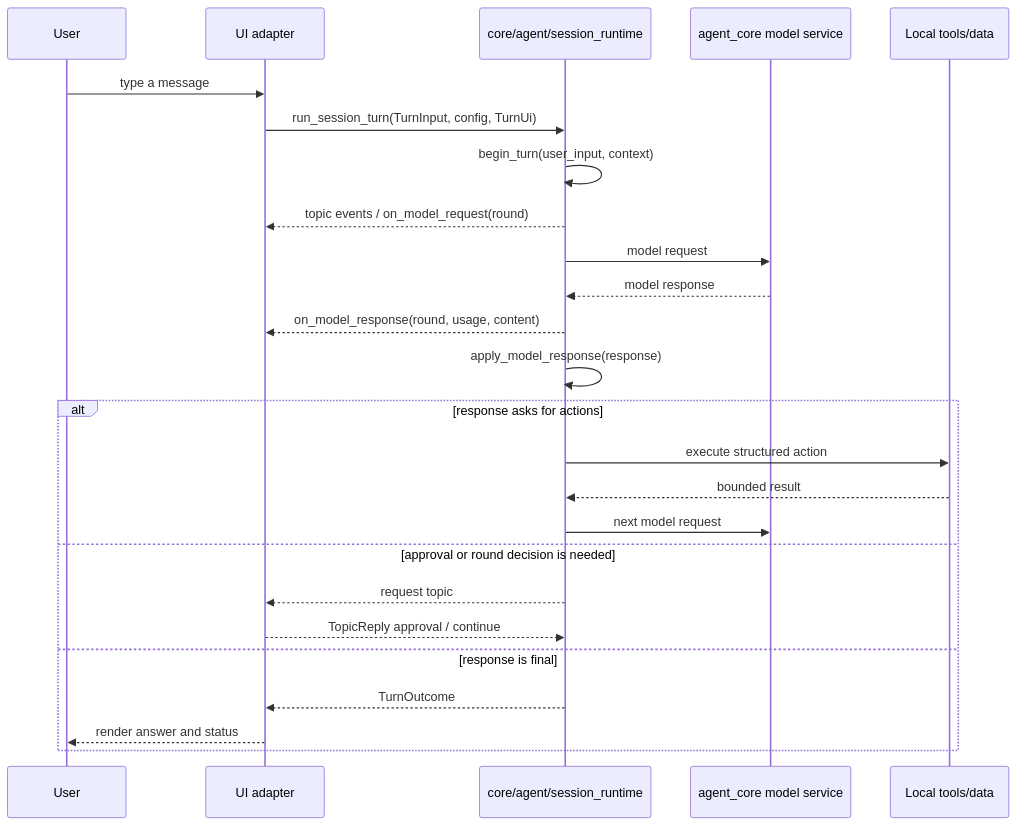
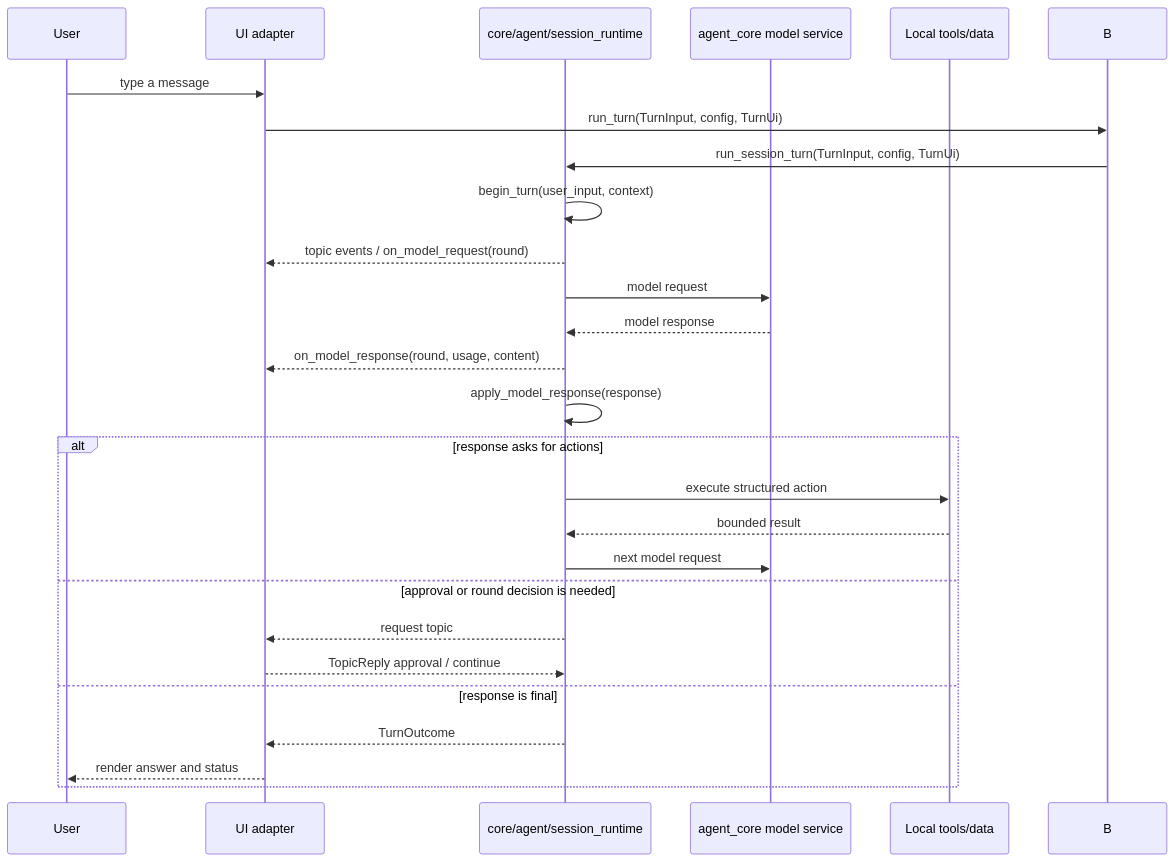
The second of 4 diagrams in docs/architecture.md (moliam/TimemAi), drawn with Mermaid before and after one commit. The commit also changed other lines of this file and 13 other files, not shown here.

````diff
--- a/docs/architecture.md
+++ b/docs/architecture.md
@@ -653,28 +661,29 @@
 ```mermaid
 sequenceDiagram
     participant U as User
     participant UI as UI adapter
     participant C as core/agent/session_runtime
     participant P as agent_core model service
     participant T as Local tools/data
 
     U->>UI: type a message
-    UI->>C: run_session_turn(TurnInput, config, TurnUi)
+    UI->>B: run_turn(TurnInput, config, TurnUi)
+    B->>C: run_session_turn(TurnInput, config, TurnUi)
     C->>C: begin_turn(user_input, context)
     C-->>UI: topic events / on_model_request(round)
     C->>P: model request
     P-->>C: model response
     C-->>UI: on_model_response(round, usage, content)
     C->>C: apply_model_response(response)
     alt response asks for actions
         C->>T: execute structured action
         T-->>C: bounded result
         C->>P: next model request
     else approval or round decision is needed
         C-->>UI: request topic
         UI-->>C: TopicReply approval / continue
     else response is final
         C-->>UI: TurnOutcome
         UI-->>U: render answer and status
     end
 ```
````
